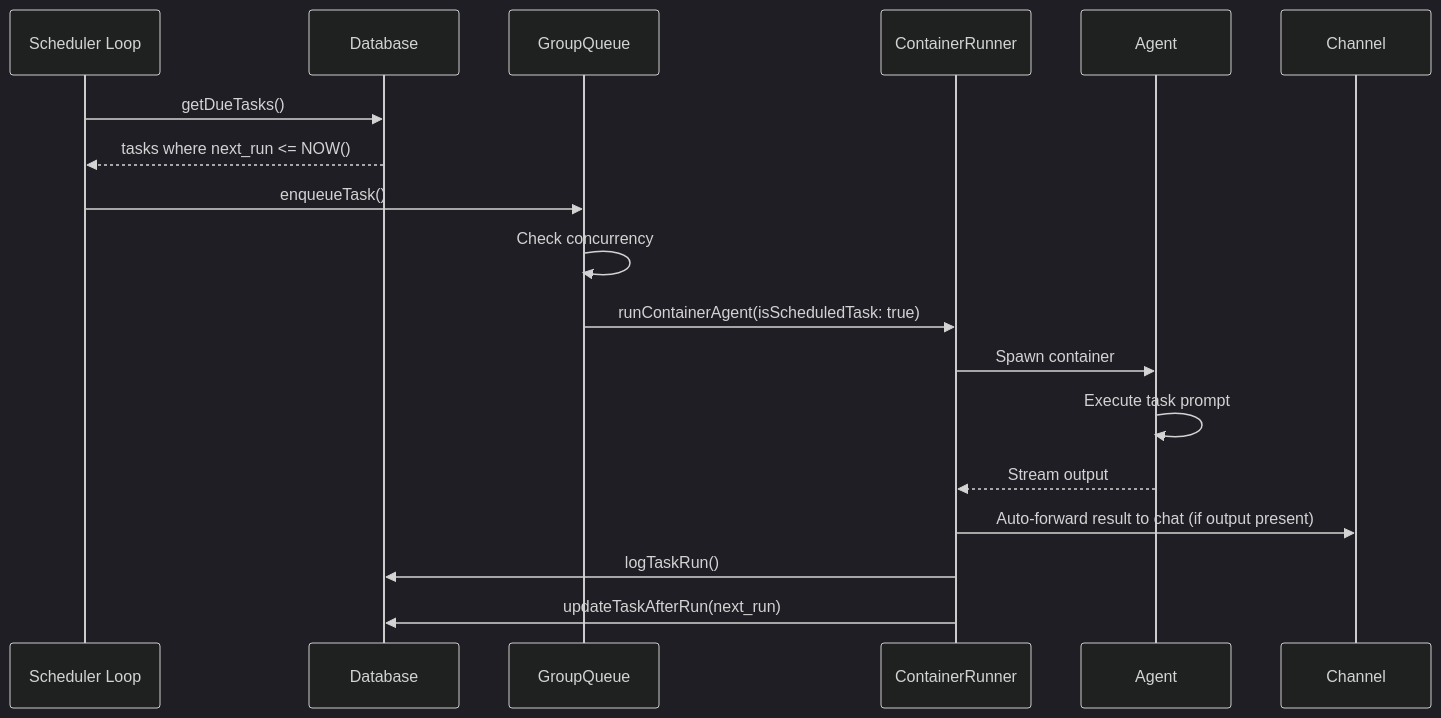
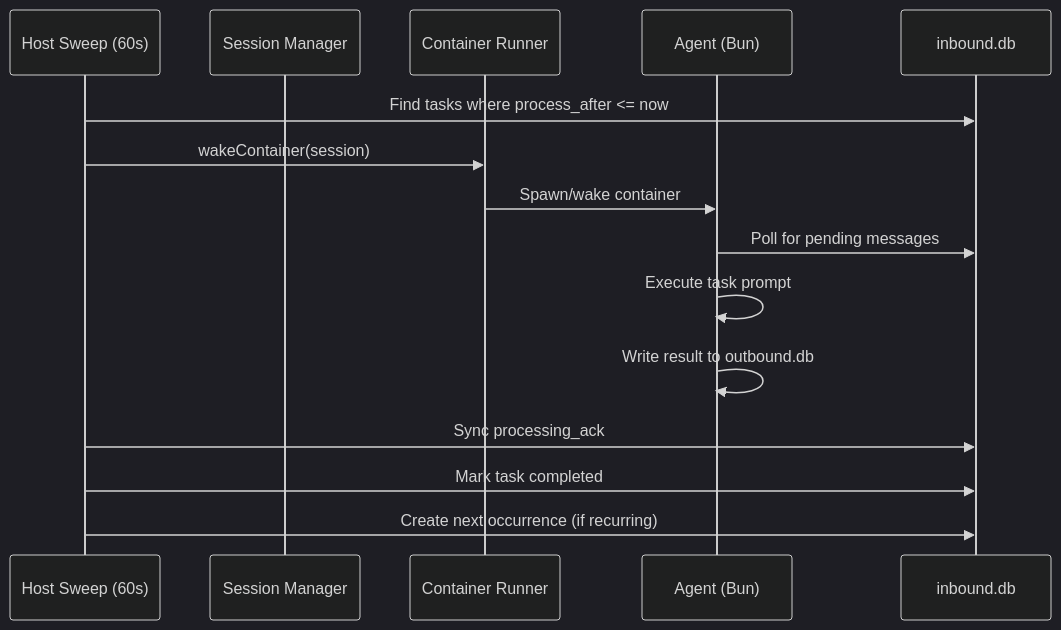
Before and after one commit to glifocat/nanoclaw-docs: the first of 2 diagrams in concepts/tasks.mdx, drawn with Mermaid (dark theme). The commit also changed other lines of this file and 14 other files, not shown here.

First line of the commit message:
docs: update documentation for v2.0.0 architectural rewrite (#187)

````diff
--- a/concepts/tasks.mdx
+++ b/concepts/tasks.mdx
@@ -103,21 +69,18 @@
 ```mermaid
 sequenceDiagram
-    participant SCH as Scheduler Loop
-    participant DB as Database
-    participant GQ as GroupQueue
-    participant CR as ContainerRunner
-    participant AG as Agent
-    participant CH as Channel
-    
-    SCH->>DB: getDueTasks()
-    DB-->>SCH: tasks where next_run <= NOW()
-    SCH->>GQ: enqueueTask()
-    GQ->>GQ: Check concurrency
-    GQ->>CR: runContainerAgent(isScheduledTask: true)
-    CR->>AG: Spawn container
+    participant HS as Host Sweep (60s)
+    participant SM as Session Manager
+    participant CR as Container Runner
+    participant AG as Agent (Bun)
+    participant DB as inbound.db
+
+    HS->>DB: Find tasks where process_after <= now
+    HS->>CR: wakeContainer(session)
+    CR->>AG: Spawn/wake container
+    AG->>DB: Poll for pending messages
     AG->>AG: Execute task prompt
-    AG-->>CR: Stream output
-    CR->>CH: Auto-forward result to chat (if output present)
-    CR->>DB: logTaskRun()
-    CR->>DB: updateTaskAfterRun(next_run)
+    AG->>AG: Write result to outbound.db
+    HS->>DB: Sync processing_ack
+    HS->>DB: Mark task completed
+    HS->>DB: Create next occurrence (if recurring)
 ```
````
